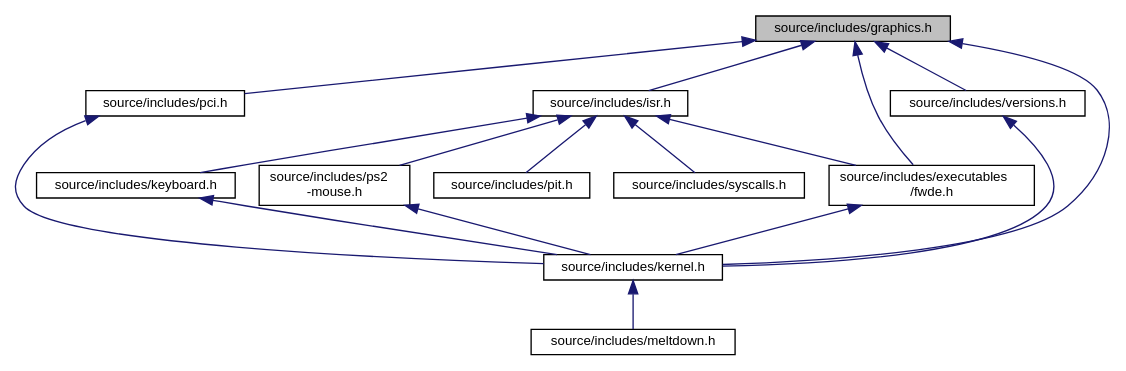
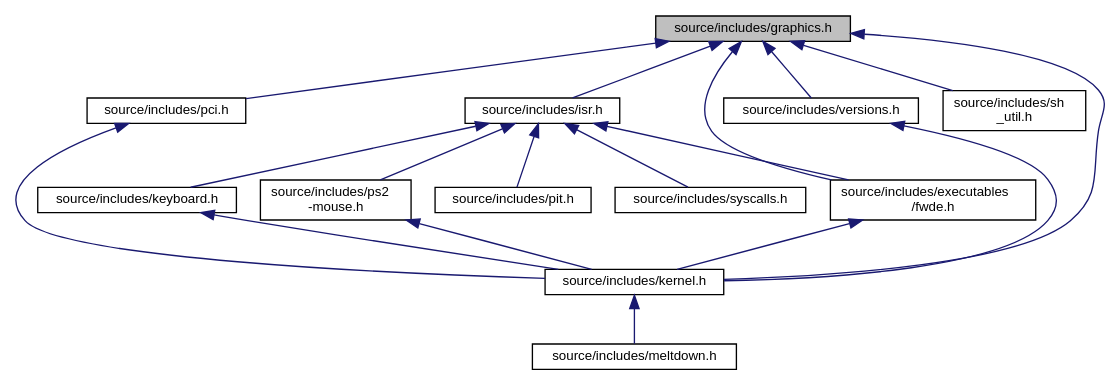
One commit to Frost-Wing/doxygen-docs changed the diagram in graphics_8h__dep__incl.dot. Above: the diagram before and after it, drawn with Graphviz. The commit also changed 155 other files, not shown here.

```diff
--- a/graphics_8h__dep__incl.dot
+++ b/graphics_8h__dep__incl.dot
@@ -1,33 +1,35 @@
 digraph "source/includes/graphics.h"
 {
  // LATEX_PDF_SIZE
   edge [fontname="Helvetica",fontsize="10",labelfontname="Helvetica",labelfontsize="10"];
   node [fontname="Helvetica",fontsize="10",shape=record];
   Node1 [label="source/includes/graphics.h",height=0.2,width=0.4,color="black", fillcolor="grey75", style="filled", fontcolor="black",tooltip="Contains all the print functions."];
   Node1 -> Node2 [dir="back",color="midnightblue",fontsize="10",style="solid",fontname="Helvetica"];
   Node2 [label="source/includes/executables\l/fwde.h",height=0.2,width=0.4,color="black", fillcolor="white", style="filled",URL="$fwde_8h.html",tooltip="The executor header for FrostWing Deployed Executable - 64 bits."];
   Node2 -> Node3 [dir="back",color="midnightblue",fontsize="10",style="solid",fontname="Helvetica"];
   Node3 [label="source/includes/kernel.h",height=0.2,width=0.4,color="black", fillcolor="white", style="filled",URL="$kernel_8h.html",tooltip="The basic requirement from kernel to other parts of the code."];
   Node3 -> Node4 [dir="back",color="midnightblue",fontsize="10",style="solid",fontname="Helvetica"];
   Node4 [label="source/includes/meltdown.h",height=0.2,width=0.4,color="black", fillcolor="white", style="filled",URL="$meltdown_8h.html",tooltip="The headers for meltdown.c."];
   Node1 -> Node5 [dir="back",color="midnightblue",fontsize="10",style="solid",fontname="Helvetica"];
   Node5 [label="source/includes/isr.h",height=0.2,width=0.4,color="black", fillcolor="white", style="filled",URL="$isr_8h.html",tooltip=" "];
   Node5 -> Node2 [dir="back",color="midnightblue",fontsize="10",style="solid",fontname="Helvetica"];
   Node5 -> Node6 [dir="back",color="midnightblue",fontsize="10",style="solid",fontname="Helvetica"];
   Node6 [label="source/includes/keyboard.h",height=0.2,width=0.4,color="black", fillcolor="white", style="filled",URL="$keyboard_8h.html",tooltip=" "];
   Node6 -> Node3 [dir="back",color="midnightblue",fontsize="10",style="solid",fontname="Helvetica"];
   Node5 -> Node7 [dir="back",color="midnightblue",fontsize="10",style="solid",fontname="Helvetica"];
   Node7 [label="source/includes/pit.h",height=0.2,width=0.4,color="black", fillcolor="white", style="filled",URL="$pit_8h.html",tooltip="Headers for PIT."];
   Node5 -> Node8 [dir="back",color="midnightblue",fontsize="10",style="solid",fontname="Helvetica"];
   Node8 [label="source/includes/ps2\l-mouse.h",height=0.2,width=0.4,color="black", fillcolor="white", style="filled",URL="$ps2-mouse_8h.html",tooltip=" "];
   Node8 -> Node3 [dir="back",color="midnightblue",fontsize="10",style="solid",fontname="Helvetica"];
   Node5 -> Node9 [dir="back",color="midnightblue",fontsize="10",style="solid",fontname="Helvetica"];
   Node9 [label="source/includes/syscalls.h",height=0.2,width=0.4,color="black", fillcolor="white", style="filled",URL="$syscalls_8h.html",tooltip=" "];
   Node1 -> Node3 [dir="back",color="midnightblue",fontsize="10",style="solid",fontname="Helvetica"];
   Node1 -> Node10 [dir="back",color="midnightblue",fontsize="10",style="solid",fontname="Helvetica"];
   Node10 [label="source/includes/pci.h",height=0.2,width=0.4,color="black", fillcolor="white", style="filled",URL="$pci_8h.html",tooltip="The Header files for actual PCI source."];
   Node10 -> Node3 [dir="back",color="midnightblue",fontsize="10",style="solid",fontname="Helvetica"];
   Node1 -> Node11 [dir="back",color="midnightblue",fontsize="10",style="solid",fontname="Helvetica"];
-  Node11 [label="source/includes/versions.h",height=0.2,width=0.4,color="black", fillcolor="white", style="filled",URL="$versions_8h.html",tooltip="This is the header file which contains all the tools used's versions."];
-  Node11 -> Node3 [dir="back",color="midnightblue",fontsize="10",style="solid",fontname="Helvetica"];
+  Node11 [label="source/includes/sh\l_util.h",height=0.2,width=0.4,color="black", fillcolor="white", style="filled",URL="$sh__util_8h.html",tooltip="Utils for fw shell."];
+  Node1 -> Node12 [dir="back",color="midnightblue",fontsize="10",style="solid",fontname="Helvetica"];
+  Node12 [label="source/includes/versions.h",height=0.2,width=0.4,color="black", fillcolor="white", style="filled",URL="$versions_8h.html",tooltip="This is the header file which contains all the tools used's versions."];
+  Node12 -> Node3 [dir="back",color="midnightblue",fontsize="10",style="solid",fontname="Helvetica"];
 }
```
